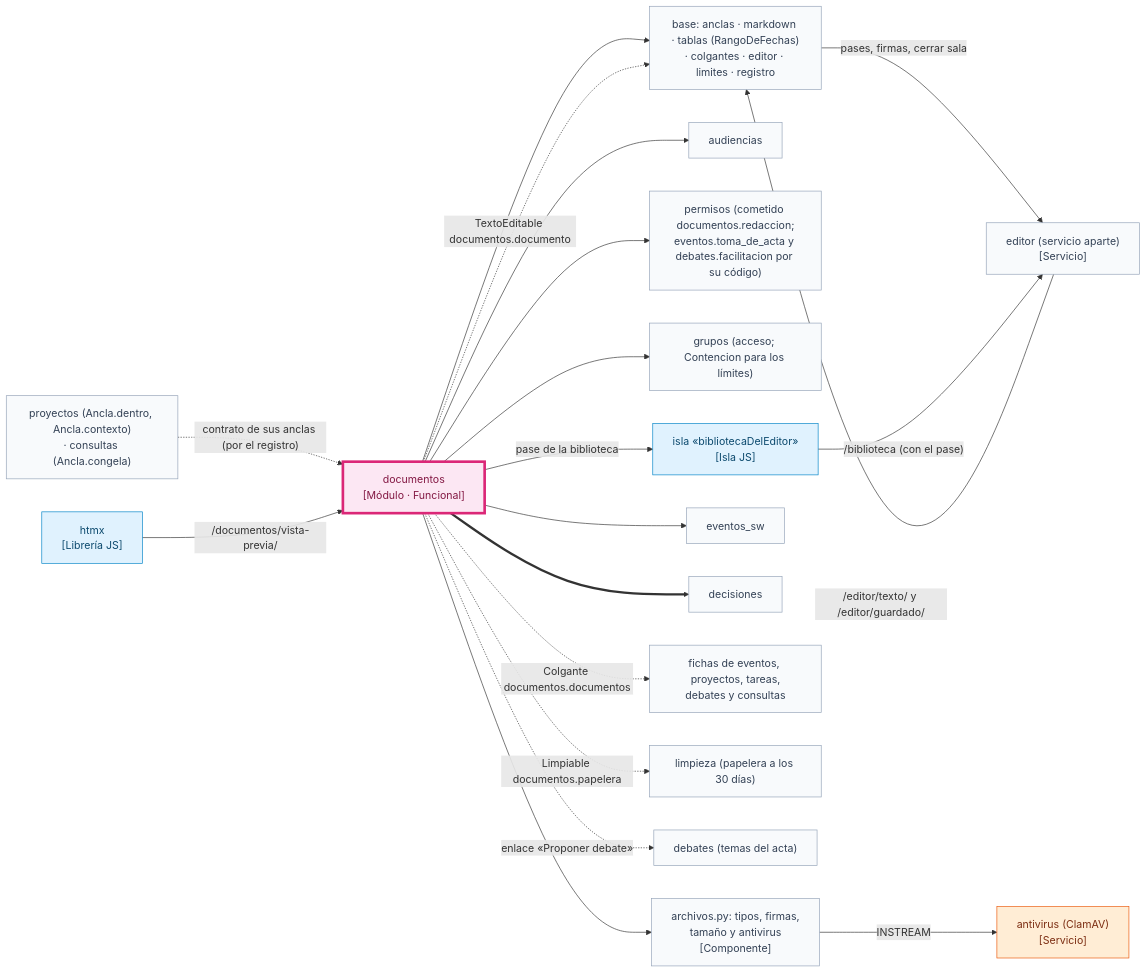
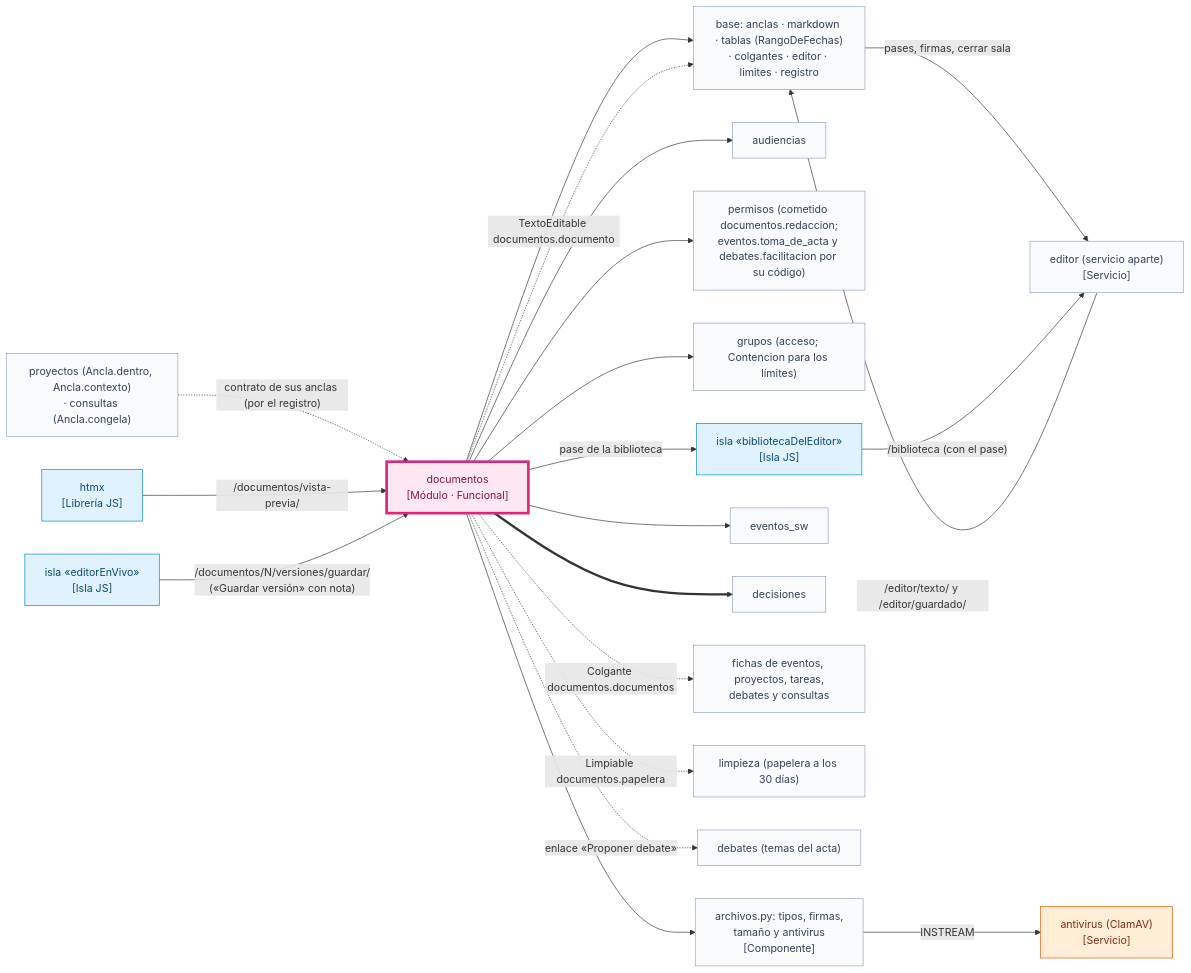
Before and after one commit to chemabc/groupy: diagram 28 of 41 in docs/arquitectura.md, drawn with Mermaid. The commit also changed other lines of this file and 26 other files, not shown here.

First line of the commit message:
Descripción de los documentos (ⓘ en la lista), «Guardar versión» con nota y ancho del menú que se arrastra

````diff
--- a/docs/arquitectura.md
+++ b/docs/arquitectura.md
@@ -891,41 +893,43 @@
 ```mermaid
 flowchart LR
   classDef yo fill:#fce7f3,stroke:#db2777,stroke-width:4px,color:#831843
   classDef otro fill:#f8fafc,stroke:#94a3b8,color:#334155
   classDef libjs fill:#e0f2fe,stroke:#0284c7,color:#0c4a6e
   classDef servicio fill:#ffedd5,stroke:#ea580c,color:#7c2d12
   doc["documentos<br/>[Módulo · Funcional]"]:::yo
   arc["archivos.py: tipos, firmas,<br/>tamaño y antivirus<br/>[Componente]"]:::otro
   clam["antivirus (ClamAV)<br/>[Servicio]"]:::servicio
   aud["audiencias"]:::otro
   per["permisos (cometido documentos.redaccion;<br/>eventos.toma_de_acta y debates.facilitacion por su código)"]:::otro
   gru["grupos (acceso; Contencion para los límites)"]:::otro
   bas["base: anclas · markdown · tablas (RangoDeFechas)<br/>· colgantes · editor · limites · registro"]:::otro
   edi["editor (servicio aparte)<br/>[Servicio]"]:::otro
   esw["eventos_sw"]:::otro
   dec["decisiones"]:::otro
   fichas["fichas de eventos, proyectos, tareas,<br/>debates y consultas"]:::otro
   anclas["proyectos (Ancla.dentro, Ancla.contexto)<br/>· consultas (Ancla.congela)"]:::otro
   lim["limpieza (papelera a los 30 días)"]:::otro
   deb["debates (temas del acta)"]:::otro
   htmx["htmx<br/>[Librería JS]"]:::libjs
   doc --> aud
   doc --> per
   doc --> gru
   doc --> bas
   doc --> esw
   doc --> arc
   arc -- "INSTREAM" --> clam
   doc ==> dec
   doc -. "Colgante documentos.documentos" .-> fichas
   anclas -. "contrato de sus anclas (por el registro)" .-> doc
   doc -. "Limpiable documentos.papelera" .-> lim
   doc -. "enlace «Proponer debate»" .-> deb
   htmx -- "/documentos/vista-previa/" --> doc
   doc -. "TextoEditable documentos.documento" .-> bas
   bas -- "pases, firmas, cerrar sala" --> edi
   edi -- "/editor/texto/ y /editor/guardado/" --> bas
   isla["isla «bibliotecaDelEditor»<br/>[Isla JS]"]:::libjs
+  vivo["isla «editorEnVivo»<br/>[Isla JS]"]:::libjs
+  vivo -- "/documentos/N/versiones/guardar/<br/>(«Guardar versión» con nota)" --> doc
   doc -- "pase de la biblioteca" --> isla
   isla -- "/biblioteca (con el pase)" --> edi
 ```
````
